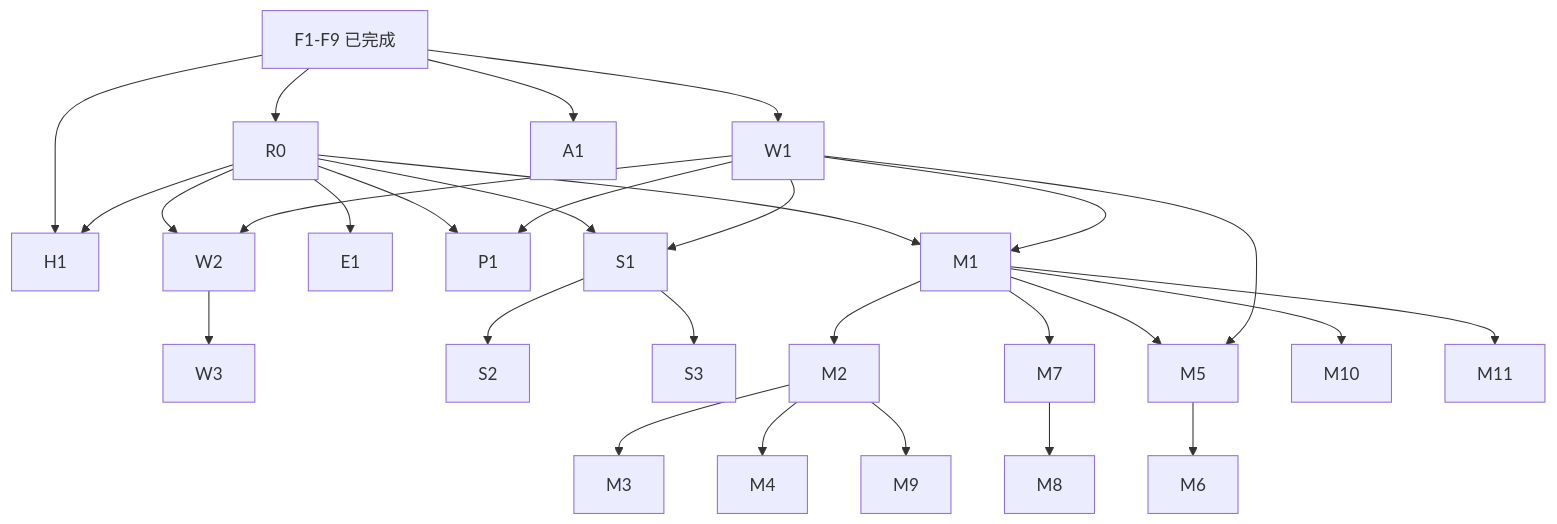
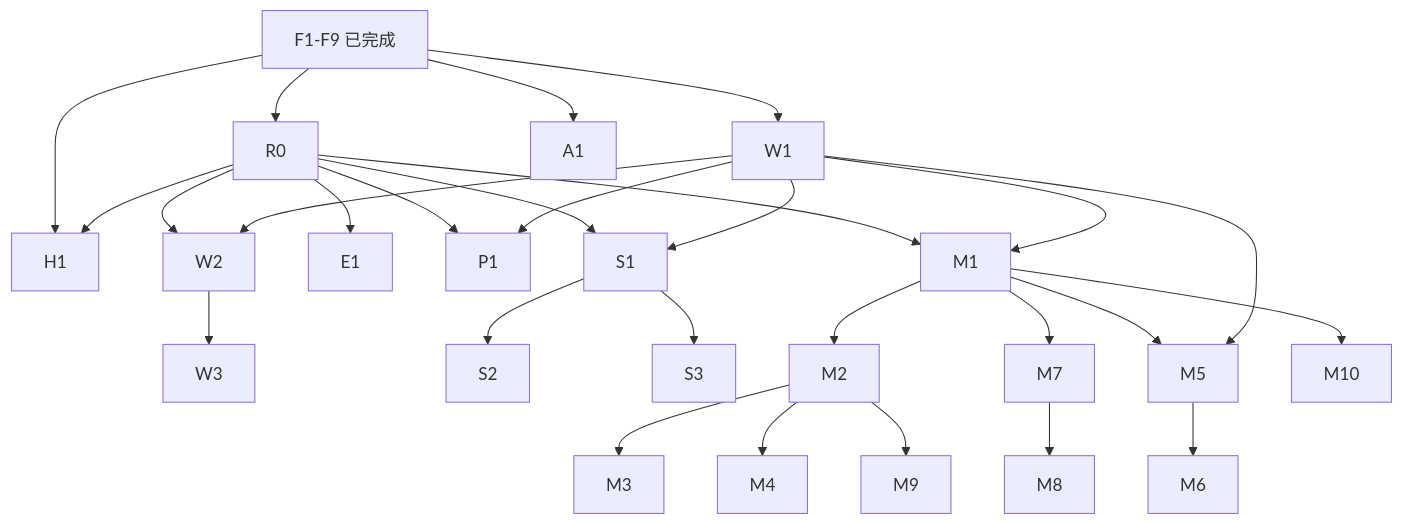
The diagram in docs/project/feature-task-graph.md (amshiro/game-dapp-starter), drawn with Mermaid before and after one commit. The commit also changed other lines of this file and 129 other files, not shown here.

````diff
--- a/docs/project/feature-task-graph.md
+++ b/docs/project/feature-task-graph.md
@@ -52,31 +52,30 @@
 ```mermaid
 flowchart TD
   F["F1-F9 已完成"] --> R0
   F --> W1
   F --> A1
   F --> H1
   R0 --> H1
   R0 --> W2
   R0 --> E1
   R0 --> P1
   W1 --> P1
   W1 --> W2
   W2 --> W3
   R0 --> S1
   W1 --> S1
   S1 --> S2
   S1 --> S3
   R0 --> M1
   W1 --> M1
   M1 --> M2
   M1 --> M7
   M1 --> M5
   W1 --> M5
   M2 --> M3
   M2 --> M4
   M5 --> M6
   M7 --> M8
   M2 --> M9
   M1 --> M10
-  M1 --> M11
 ```
````
